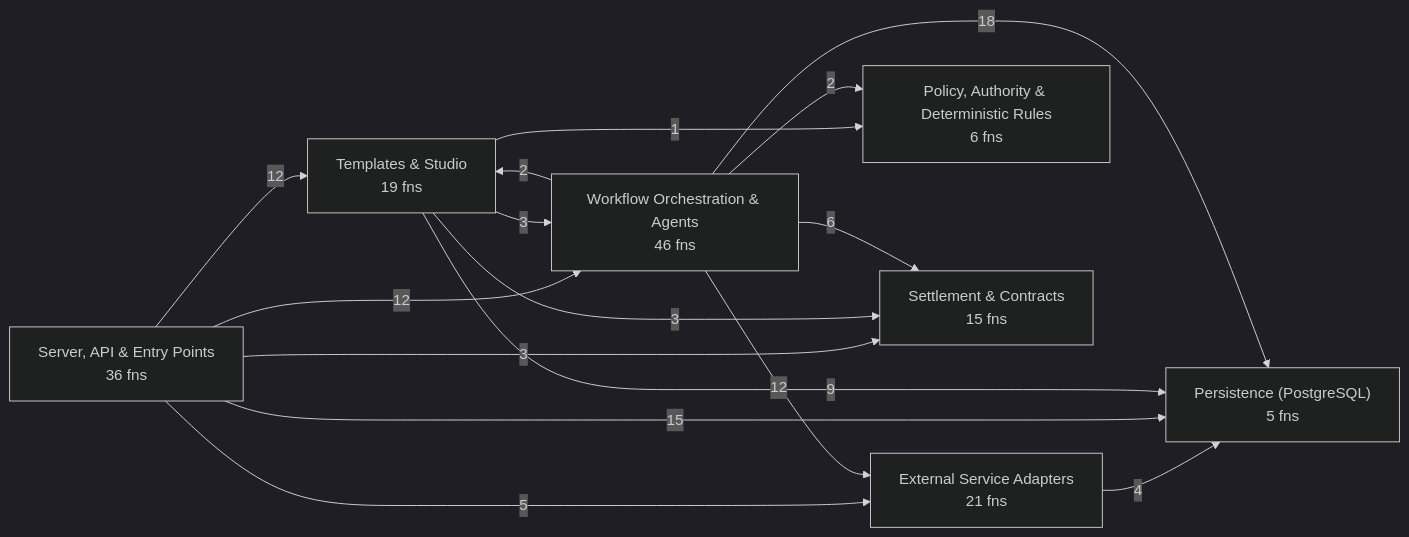
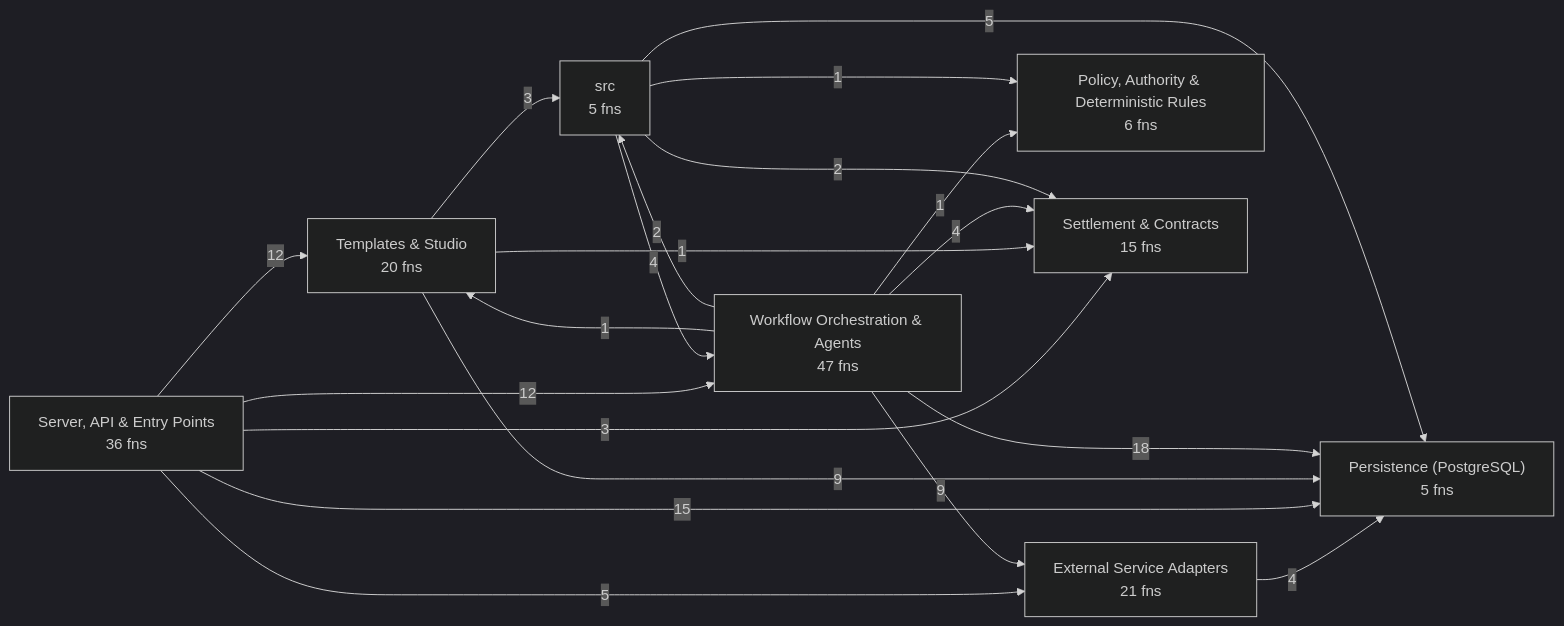
The first of 8 diagrams in docs/CODEBASE_MAP.md (Jaydearcadian/bind), drawn with Mermaid (dark theme) before and after one commit. The commit also changed other lines of this file and 11 other files, not shown here.

````diff
--- a/docs/CODEBASE_MAP.md
+++ b/docs/CODEBASE_MAP.md
@@ -12,25 +12,30 @@
 ```mermaid
 flowchart LR
   L0["External Service Adapters<br/>21 fns"]
   L1["Persistence (PostgreSQL)<br/>5 fns"]
   L2["Policy, Authority & Deterministic Rules<br/>6 fns"]
   L3["Server, API & Entry Points<br/>36 fns"]
   L4["Settlement & Contracts<br/>15 fns"]
-  L5["Templates & Studio<br/>19 fns"]
-  L6["Workflow Orchestration & Agents<br/>46 fns"]
+  L5["Templates & Studio<br/>20 fns"]
+  L6["Workflow Orchestration & Agents<br/>47 fns"]
+  L7["src<br/>5 fns"]
   L0 -->|4| L1
   L3 -->|5| L0
   L3 -->|15| L1
   L3 -->|3| L4
   L3 -->|12| L5
   L3 -->|12| L6
   L5 -->|9| L1
-  L5 -->|1| L2
-  L5 -->|3| L4
-  L5 -->|3| L6
-  L6 -->|12| L0
+  L5 -->|1| L4
+  L5 -->|3| L7
+  L6 -->|9| L0
   L6 -->|18| L1
-  L6 -->|2| L2
-  L6 -->|6| L4
-  L6 -->|2| L5
+  L6 -->|1| L2
+  L6 -->|4| L4
+  L6 -->|1| L5
+  L6 -->|2| L7
+  L7 -->|5| L1
+  L7 -->|1| L2
+  L7 -->|2| L4
+  L7 -->|4| L6
 ```
````
